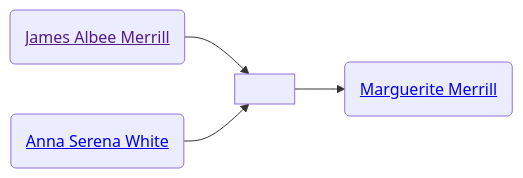
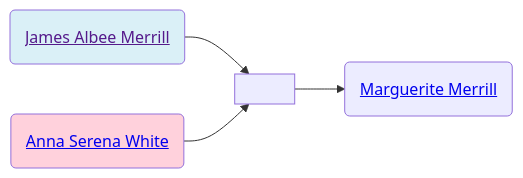
Before and after one commit to neelsmith/avocational: the second of 2 diagrams in familyhistory/sources/people/Merrill-line/James_Albee_Merrill.qmd, drawn with Mermaid. The commit also changed other lines of this file and 91 other files, not shown here.

Commit message:
Rebuild descendant diagrams

````diff
--- a/familyhistory/sources/people/Merrill-line/James_Albee_Merrill.qmd
+++ b/familyhistory/sources/people/Merrill-line/James_Albee_Merrill.qmd
@@ -54,11 +55,14 @@
 ```{mermaid}
 graph LR
+%% LR descendant diagram
 class James_Albee_Merrill_and_Anna_Serena_White marriage
 James_Albee_Merrill(<a href=''>James Albee Merrill</>) --> James_Albee_Merrill_and_Anna_Serena_White[ ]
 Anna_Serena_White(<a href='./White-line/Anna_Serena_White.html'>Anna Serena White</>) --> James_Albee_Merrill_and_Anna_Serena_White(( ))
+class James_Albee_Merrill father
+class Anna_Serena_White mother
 James_Albee_Merrill_and_Anna_Serena_White[ ] --> Marguerite_Merrill(<a href='./Marguerite_Merrill.html'>Marguerite Merrill</>)
 classDef mother fill:#ffd1dc
 classDef father fill:#daf0f7  
 classDef marriage fill:#ffffff
 
 ```
````
